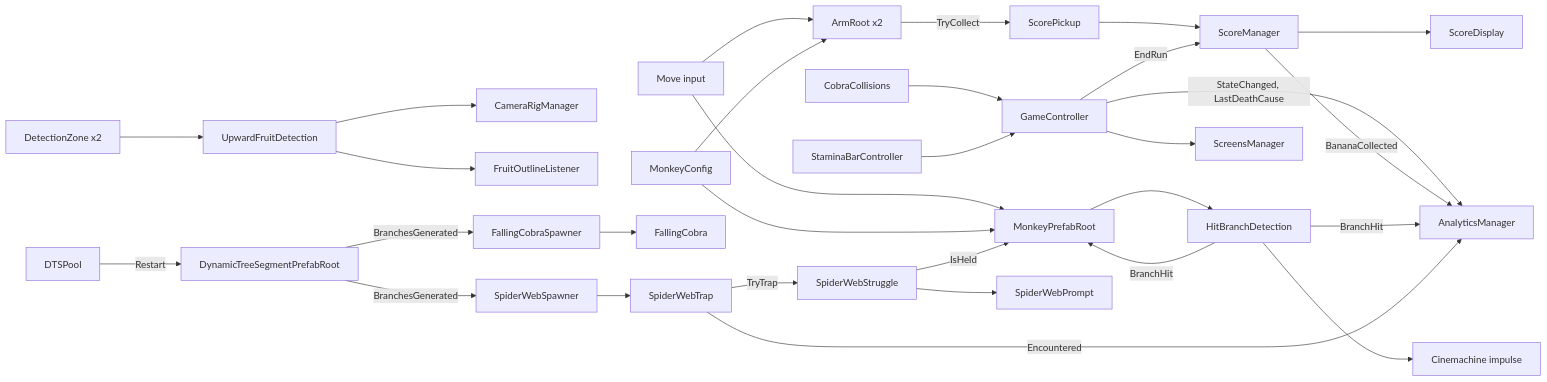
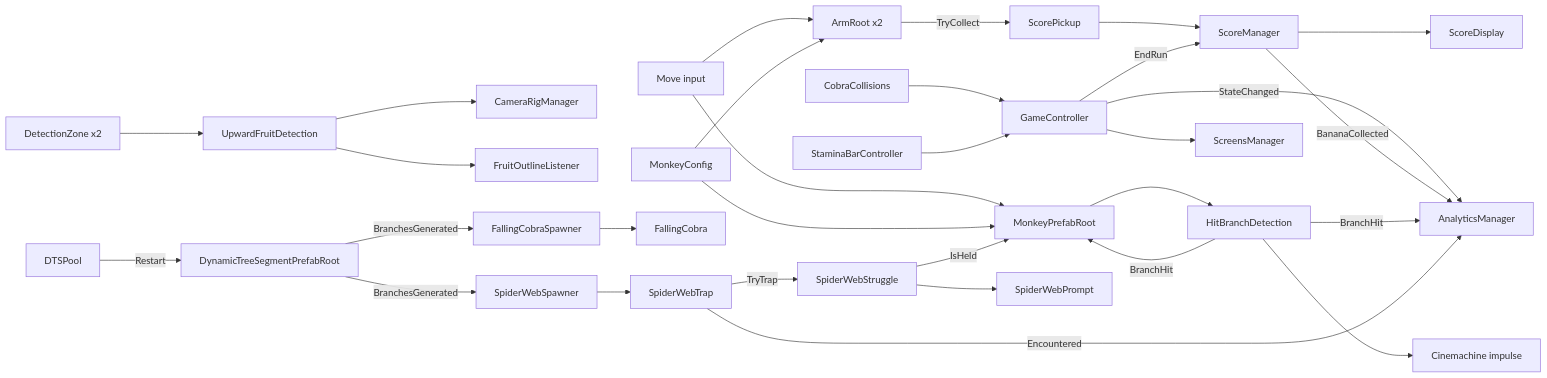
Before and after one commit to CSCI-526/Team4-Lu_Lu: the diagram in CONTEXT.md, drawn with Mermaid. The commit also changed other lines of this file and 2 other files, not shown here.

First line of the commit message:
move death-cause tracking from GameController into analytics

````diff
--- a/CONTEXT.md
+++ b/CONTEXT.md
@@ -60,32 +60,32 @@
 ```mermaid
 graph LR
   Input[Move input] --> Root[MonkeyPrefabRoot]
   Input --> Arm[ArmRoot x2]
   Cfg[MonkeyConfig] --> Root
   Cfg --> Arm
   Root --> Hit[HitBranchDetection]
   Hit -->|BranchHit| Root
   Hit --> Shake[Cinemachine impulse]
   Zones[DetectionZone x2] --> Fruit[UpwardFruitDetection]
   Fruit --> Cam[CameraRigManager]
   Fruit --> Outline[FruitOutlineListener]
   Arm -->|TryCollect| Pickup[ScorePickup]
   Pickup --> Score[ScoreManager]
   Score --> ScoreUI[ScoreDisplay]
   Cobra[CobraCollisions] --> Game[GameController]
   Stamina[StaminaBarController] --> Game
   Game --> Screens[ScreensManager]
   Game -->|EndRun| Score
   Pool[DTSPool] -->|Restart| Segment[DynamicTreeSegmentPrefabRoot]
   Segment -->|BranchesGenerated| Spawner[SpiderWebSpawner]
   Segment -->|BranchesGenerated| CobraSpawner[FallingCobraSpawner]
   CobraSpawner --> FallCobra[FallingCobra]
   Spawner --> Web[SpiderWebTrap]
   Web -->|TryTrap| Struggle[SpiderWebStruggle]
   Struggle -->|IsHeld| Root
   Struggle --> Prompt[SpiderWebPrompt]
-  Game -->|StateChanged, LastDeathCause| Analytics[AnalyticsManager]
+  Game -->|StateChanged| Analytics[AnalyticsManager]
   Score -->|BananaCollected| Analytics
   Hit -->|BranchHit| Analytics
   Web -->|Encountered| Analytics
 ```
````
